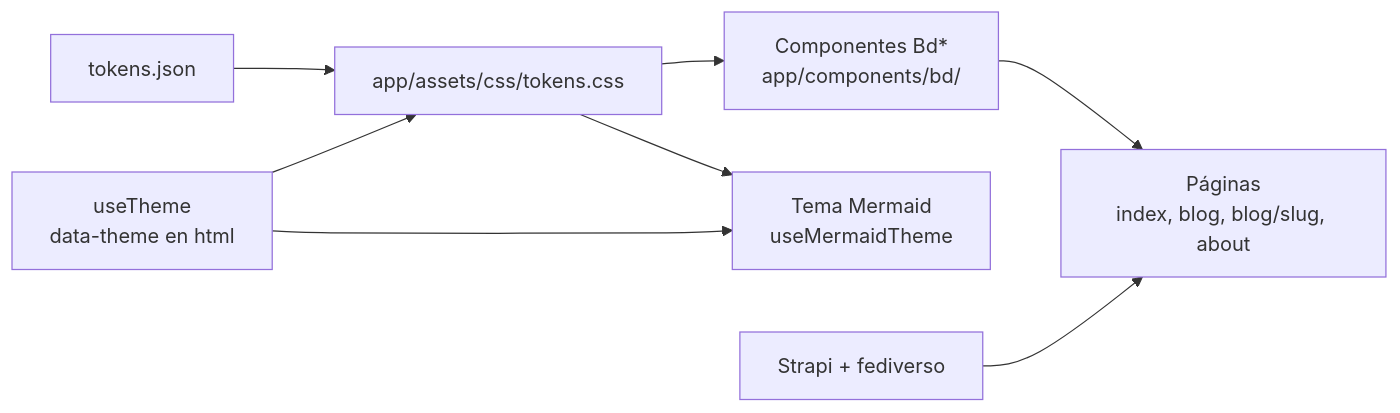
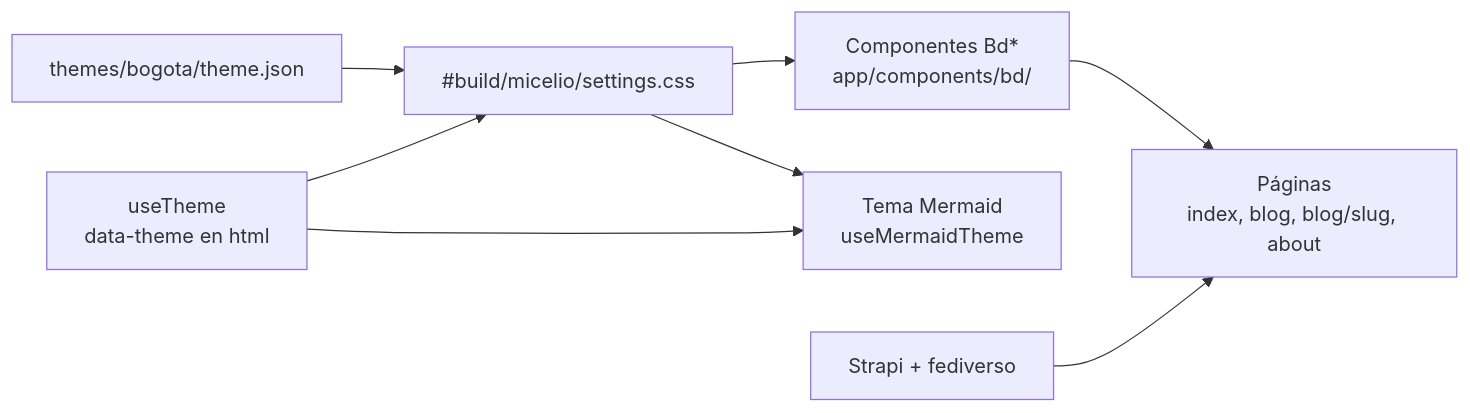
One commit to bogd3v/micelio changed the first of 5 diagrams in docs/design/DESIGN.md. Above: the diagram before and after it, drawn with Mermaid. The commit also changed other lines of this file and 8 other files, not shown here.

First line of the commit message:
docs(theme): scan modules/ and themes/ in check-classes, document the theme package

````diff
--- a/docs/design/DESIGN.md
+++ b/docs/design/DESIGN.md
@@ -120,10 +118,10 @@
 ```mermaid
 flowchart LR
-    T[tokens.json] --> C[app/assets/css/tokens.css]
+    T[themes/bogota/theme.json] --> C[#build/micelio/settings.css]
     C --> K[Componentes Bd*<br/>app/components/bd/]
     C --> M[Tema Mermaid<br/>useMermaidTheme]
     K --> P[Páginas<br/>index, blog, blog/slug, about]
     S[useTheme<br/>data-theme en html] --> C
     S --> M
     A[Strapi + fediverso] --> P
 ```
````
